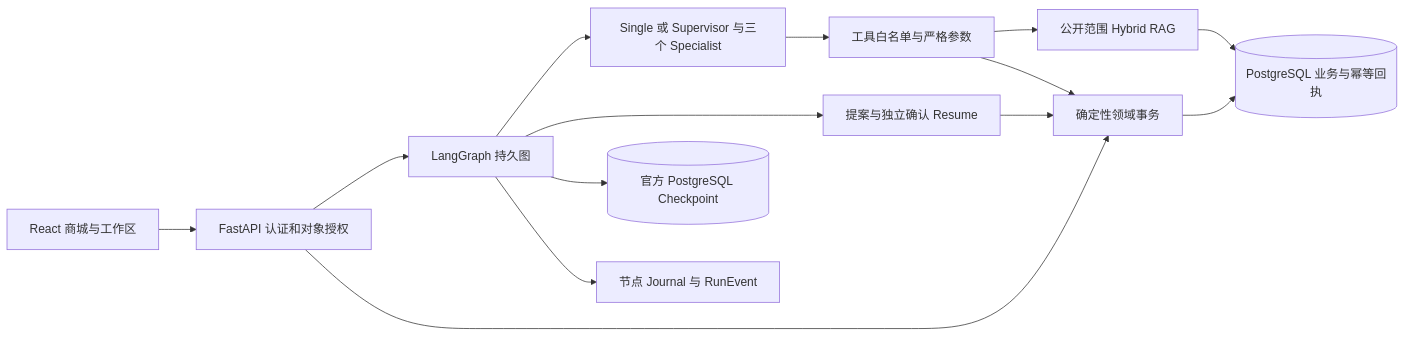
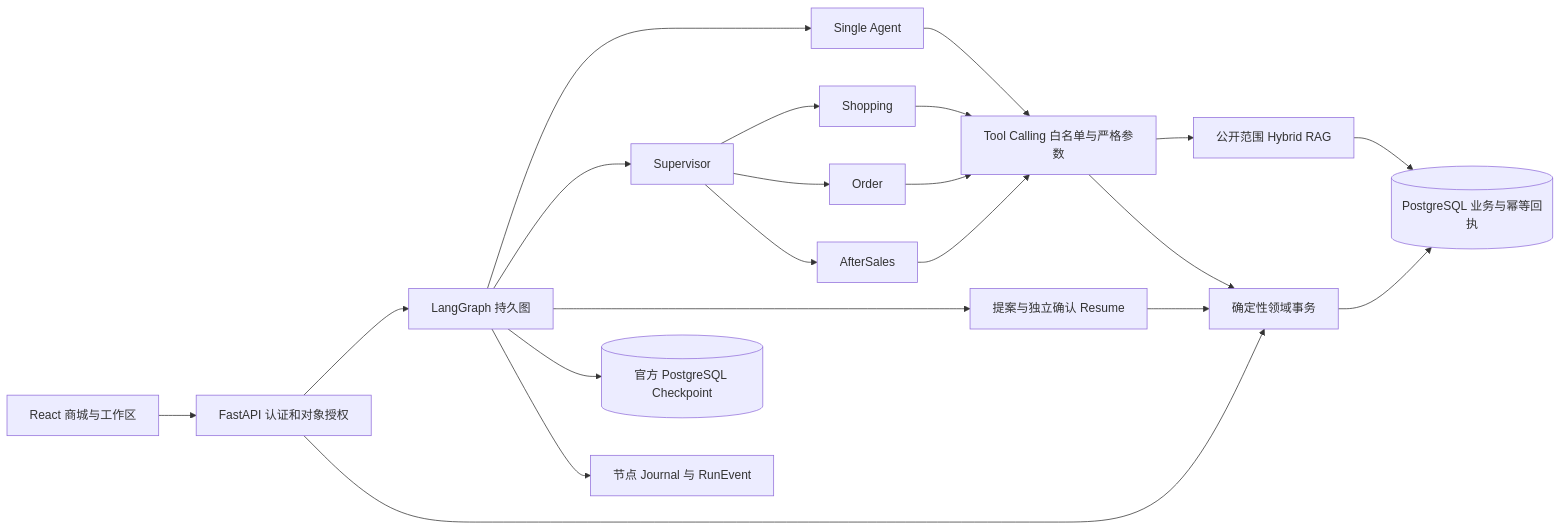
Before and after one commit to Cockatoo-xlk/AgentMall-Portfolio: the diagram in docs/ARCHITECTURE.md, drawn with Mermaid. The commit also changed other lines of this file and 24 other files, not shown here.

````diff
--- a/docs/ARCHITECTURE.md
+++ b/docs/ARCHITECTURE.md
@@ -5,16 +5,23 @@
 ```mermaid
 flowchart LR
   UI[React 商城与工作区] --> API[FastAPI 认证和对象授权]
   API --> Graph[LangGraph 持久图]
   API --> Domain[确定性领域事务]
-  Graph --> Agents[Single 或 Supervisor 与三个 Specialist]
-  Agents --> Tools[工具白名单与严格参数]
+  Graph --> Single[Single Agent]
+  Graph --> Supervisor[Supervisor]
+  Supervisor --> Shopping[Shopping]
+  Supervisor --> Order[Order]
+  Supervisor --> AfterSales[AfterSales]
+  Single --> Tools[Tool Calling 白名单与严格参数]
+  Shopping --> Tools
+  Order --> Tools
+  AfterSales --> Tools
   Tools --> RAG[公开范围 Hybrid RAG]
   Tools --> Domain
   Graph --> HITL[提案与独立确认 Resume]
   HITL --> Domain
   Domain --> PG[(PostgreSQL 业务与幂等回执)]
   RAG --> PG
   Graph --> CP[(官方 PostgreSQL Checkpoint)]
   Graph --> Journal[节点 Journal 与 RunEvent]
 ```
````
